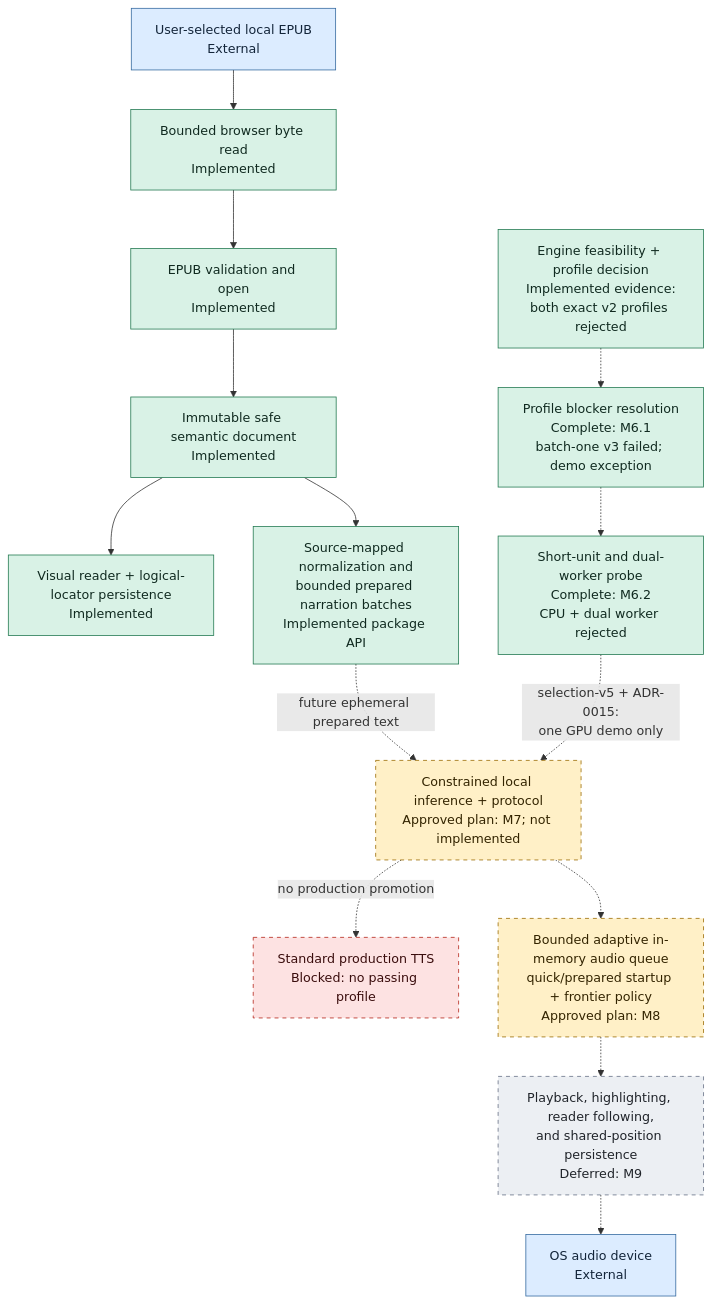
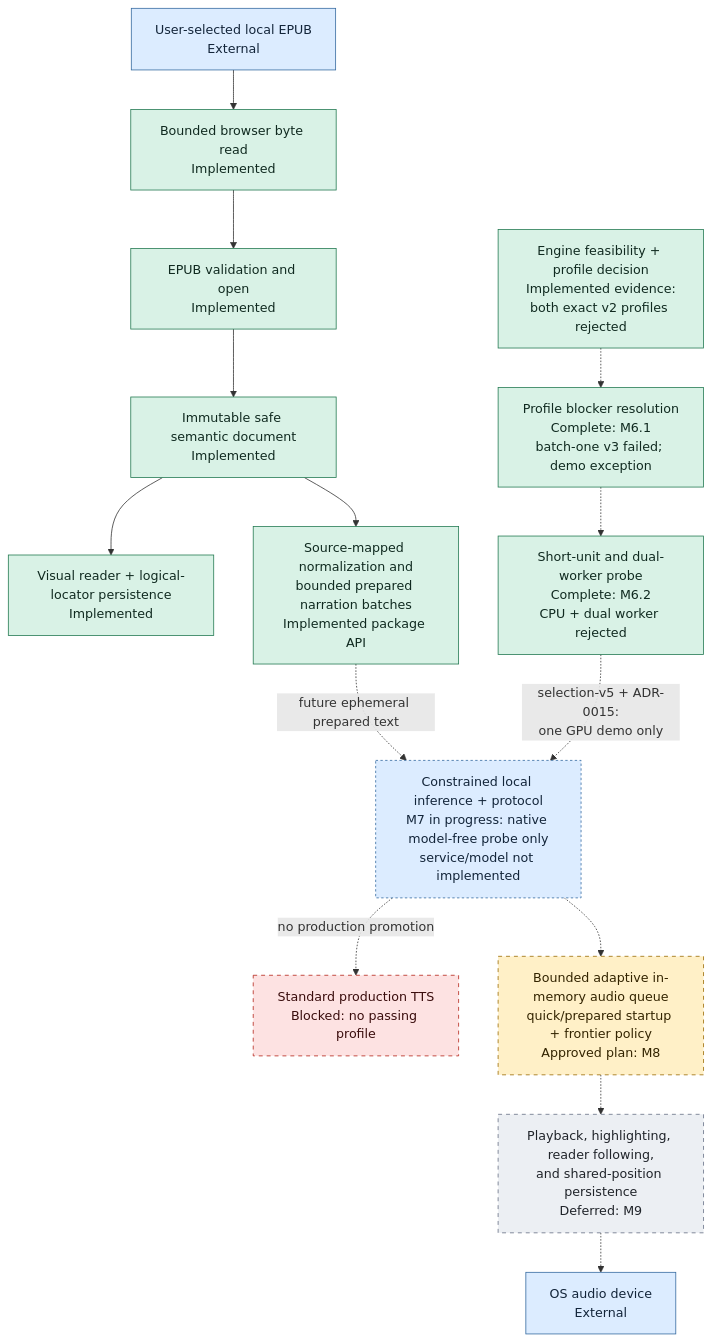
Before and after one commit to mmjosedaniel/voxleaf: the second of 2 diagrams in docs/architecture/system-diagram.md, drawn with Mermaid. The commit also changed other lines of this file and 19 other files, not shown here.

First line of the commit message:
feat(tts): freeze service and protocol authority (#114)

````diff
--- a/docs/architecture/system-diagram.md
+++ b/docs/architecture/system-diagram.md
@@ -110,35 +110,35 @@
 ```mermaid
 flowchart TD
     classDef implemented fill:#d9f2e6,stroke:#247a52,color:#102a20
     classDef progress fill:#dcecff,stroke:#356aa0,color:#13253a,stroke-dasharray: 3 3
     classDef planned fill:#fff0c7,stroke:#9a6b00,color:#332400,stroke-dasharray: 5 5
     classDef blocked fill:#fde2e2,stroke:#b42318,color:#3a0d0d,stroke-dasharray: 5 5
     classDef deferred fill:#eceff3,stroke:#667085,color:#20242a,stroke-dasharray: 5 5
     classDef external fill:#dcecff,stroke:#356aa0,color:#13253a
 
     FILE["User-selected local EPUB<br/>External"]:::external
     READ["Bounded browser byte read<br/>Implemented"]:::implemented
     OPEN["EPUB validation and open<br/>Implemented"]:::implemented
     SAFE["Immutable safe semantic document<br/>Implemented"]:::implemented
     VISUAL["Visual reader + logical-locator persistence<br/>Implemented"]:::implemented
     PREP["Source-mapped normalization and<br/>bounded prepared narration batches<br/>Implemented package API"]:::implemented
     PROFILE["Engine feasibility + profile decision<br/>Implemented evidence:<br/>both exact v2 profiles rejected"]:::implemented
     NEXT_PROFILE["Profile blocker resolution<br/>Complete: M6.1<br/>batch-one v3 failed; demo exception"]:::implemented
     BATCH_PROBE["Short-unit and dual-worker probe<br/>Complete: M6.2<br/>CPU + dual worker rejected"]:::implemented
-    INFER["Constrained local inference + protocol<br/>Approved plan: M7; not implemented"]:::planned
+    INFER["Constrained local inference + protocol<br/>M7 in progress: native model-free probe only<br/>service/model not implemented"]:::progress
     PROD["Standard production TTS<br/>Blocked: no passing profile"]:::blocked
     BUFFER["Bounded adaptive in-memory audio queue<br/>quick/prepared startup + frontier policy<br/>Approved plan: M8"]:::planned
     FOLLOW["Playback, highlighting, reader following,<br/>and shared-position persistence<br/>Deferred: M9"]:::deferred
     DEVICE["OS audio device<br/>External"]:::external
 
     FILE --> READ --> OPEN --> SAFE --> VISUAL
     SAFE --> PREP
     PREP -.->|"future ephemeral prepared text"| INFER
     PROFILE -.-> NEXT_PROFILE
     NEXT_PROFILE -.-> BATCH_PROBE
     BATCH_PROBE -.->|"selection-v5 + ADR-0015:<br/>one GPU demo only"| INFER
     INFER -.->|"no production promotion"| PROD
     INFER -.-> BUFFER
     BUFFER -.-> FOLLOW
     FOLLOW -.-> DEVICE
 ```
````
